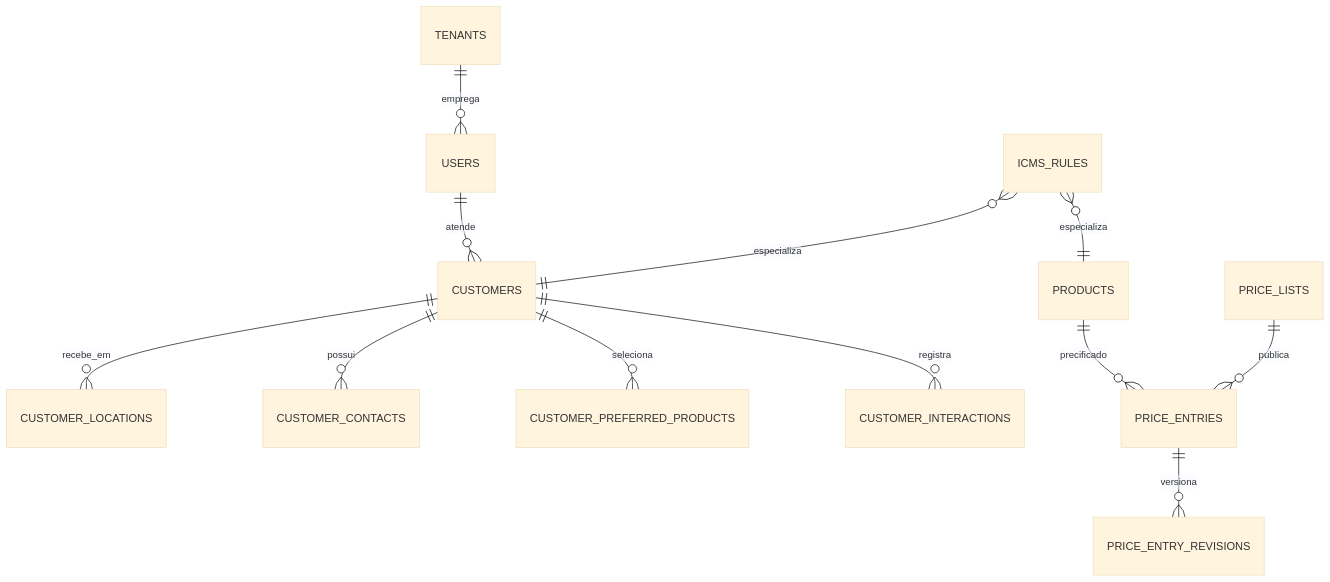
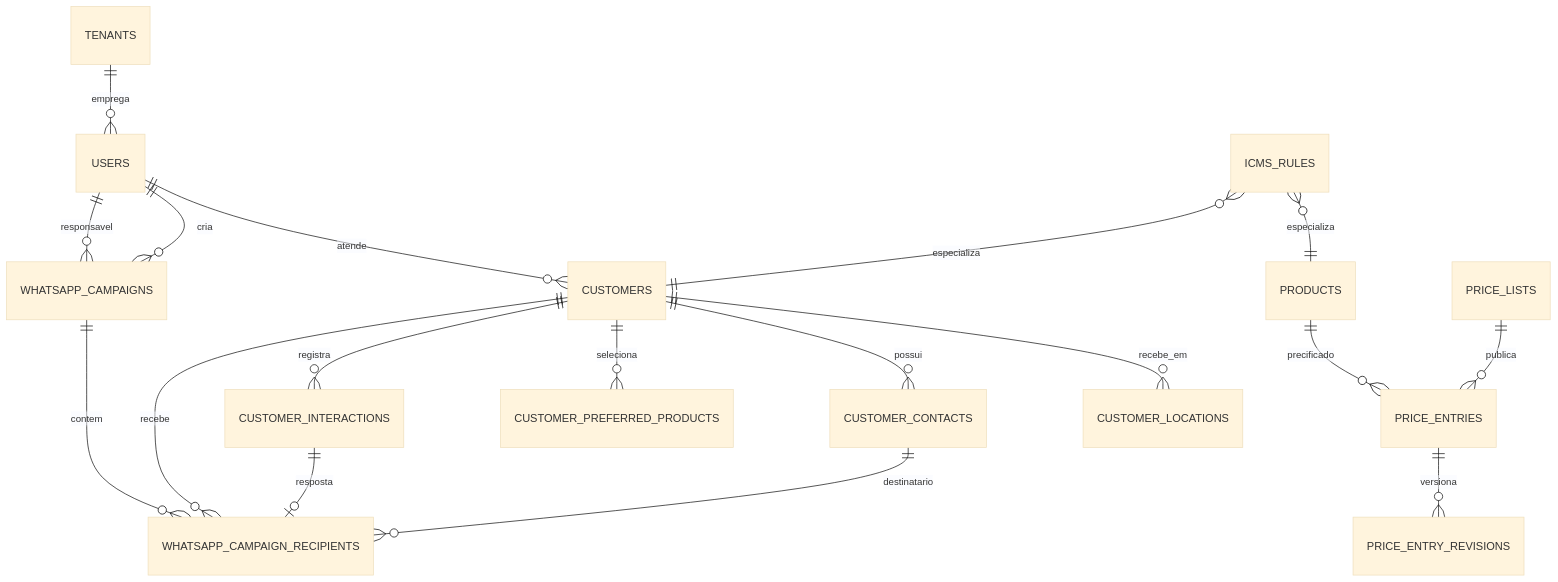
The diagram in docs/20_domain/DOMAIN_MODEL_TARGET.md (arisobel/crm-conversacional-api), drawn with Mermaid (base theme) before and after one commit. The commit also changed other lines of this file and 21 other files, not shown here.

First line of the commit message:
BH - feat: add WhatsApp campaigns documentation and implement schema validation for PostgreSQL

````diff
--- a/docs/20_domain/DOMAIN_MODEL_TARGET.md
+++ b/docs/20_domain/DOMAIN_MODEL_TARGET.md
@@ -362,14 +444,20 @@
 ```mermaid
 erDiagram
     TENANTS ||--o{ USERS : emprega
     USERS ||--o{ CUSTOMERS : atende
     CUSTOMERS ||--o{ CUSTOMER_LOCATIONS : recebe_em
     CUSTOMERS ||--o{ CUSTOMER_CONTACTS : possui
     CUSTOMERS ||--o{ CUSTOMER_PREFERRED_PRODUCTS : seleciona
     CUSTOMERS ||--o{ CUSTOMER_INTERACTIONS : registra
+    CUSTOMERS ||--o{ WHATSAPP_CAMPAIGN_RECIPIENTS : recebe
+    CUSTOMER_CONTACTS ||--o{ WHATSAPP_CAMPAIGN_RECIPIENTS : destinatario
+    USERS ||--o{ WHATSAPP_CAMPAIGNS : cria
+    USERS ||--o{ WHATSAPP_CAMPAIGNS : responsavel
+    WHATSAPP_CAMPAIGNS ||--o{ WHATSAPP_CAMPAIGN_RECIPIENTS : contem
+    CUSTOMER_INTERACTIONS ||--o| WHATSAPP_CAMPAIGN_RECIPIENTS : resposta
     PRODUCTS ||--o{ PRICE_ENTRIES : precificado
     PRICE_LISTS ||--o{ PRICE_ENTRIES : publica
     PRICE_ENTRIES ||--o{ PRICE_ENTRY_REVISIONS : versiona
     ICMS_RULES }o--|| PRODUCTS : especializa
     ICMS_RULES }o--|| CUSTOMERS : especializa
 ```
````
